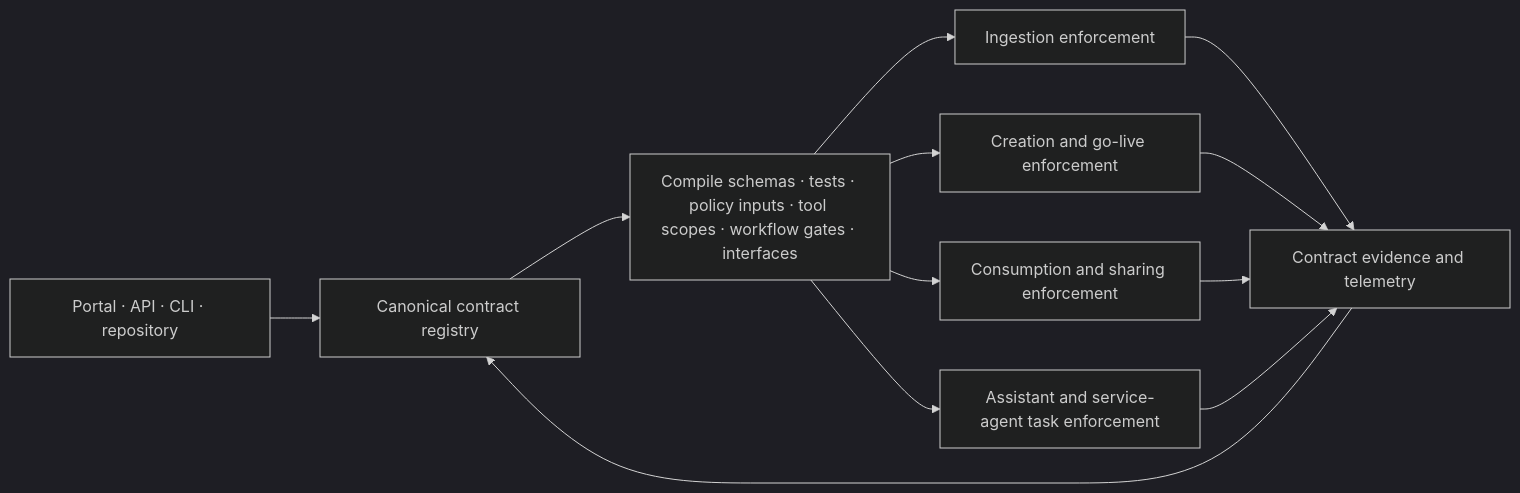
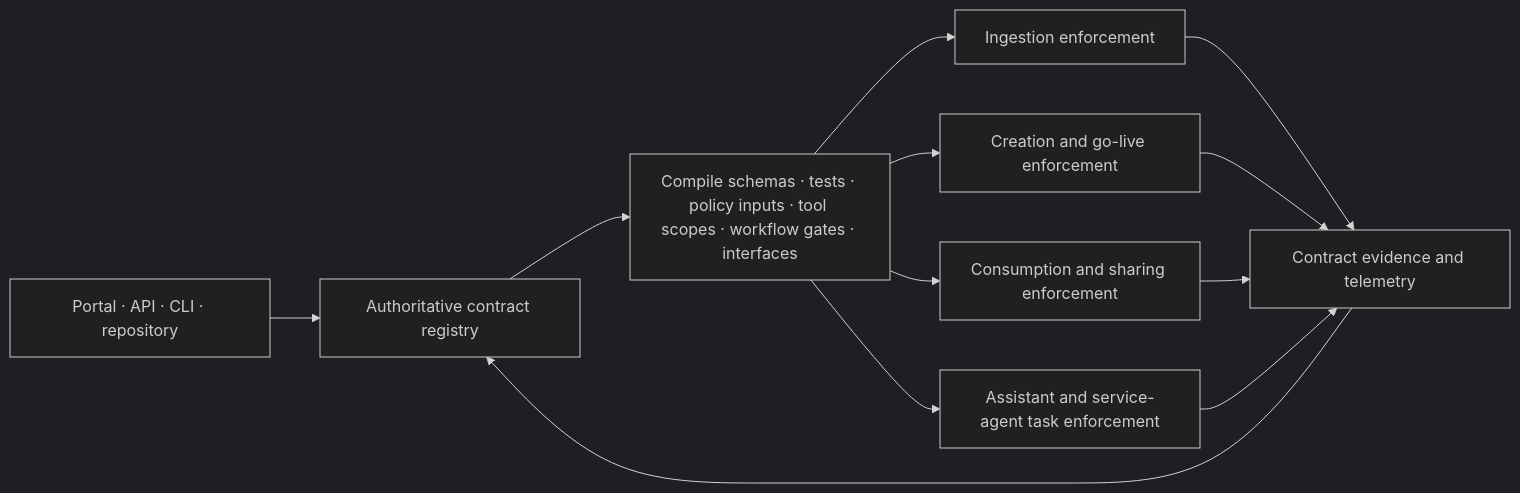
Before and after one commit to cong78/data-foundation-architecture: the diagram in docs/architecture/data-contract-design.md, drawn with Mermaid (dark theme). The commit also changed other lines of this file and 103 other files, not shown here.

Commit message:
Consolidate architecture guidance and traceability

````diff
--- a/docs/architecture/data-contract-design.md
+++ b/docs/architecture/data-contract-design.md
@@ -84,14 +88,14 @@
 ```mermaid
 flowchart LR
-    AUTHOR[Portal · API · CLI · repository] --> REGISTRY[Canonical contract registry]
+    AUTHOR[Portal · API · CLI · repository] --> REGISTRY[Authoritative contract registry]
     REGISTRY --> COMPILE[Compile schemas · tests · policy inputs · tool scopes · workflow gates · interfaces]
     COMPILE --> INGEST[Ingestion enforcement]
     COMPILE --> CREATE[Creation and go-live enforcement]
     COMPILE --> CONSUME[Consumption and sharing enforcement]
     COMPILE --> AGENT[Assistant and service-agent task enforcement]
     INGEST --> EVIDENCE[Contract evidence and telemetry]
     CREATE --> EVIDENCE
     CONSUME --> EVIDENCE
     AGENT --> EVIDENCE
     EVIDENCE --> REGISTRY
 ```
````
